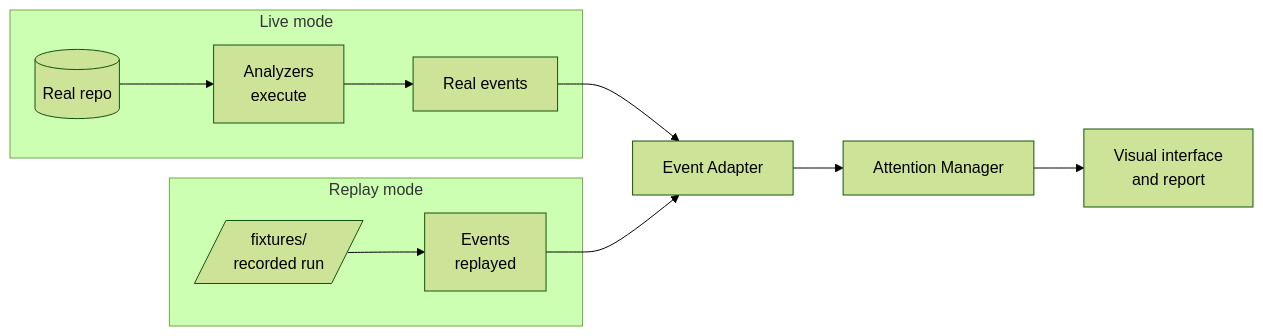
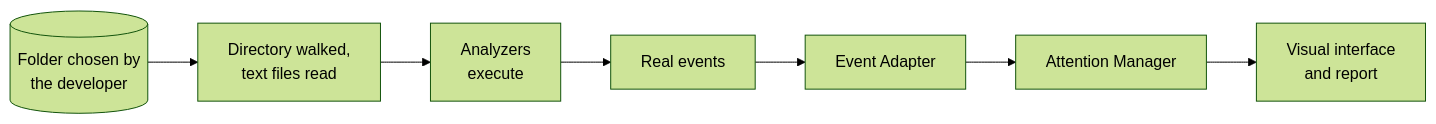
Before and after one commit to TonyINSY6629/Project_for_IBM_Hackathon_Bob_in_Action: the seventh of 9 diagrams in README.md, drawn with Mermaid (forest theme). The commit also changed other lines of this file and 31 other files, not shown here.

````diff
--- a/README.md
+++ b/README.md
@@ -343,15 +324,9 @@
 ```mermaid
 flowchart LR
-    subgraph Live["Live mode"]
-        LREPO[("Real repo")] --> LA["Analyzers<br/>execute"]
-        LA --> LE["Real events"]
-    end
-
-    subgraph Replay["Replay mode"]
-        FF[/"fixtures/<br/>recorded run"/] --> RE["Events<br/>replayed"]
-    end
-
-    LE & RE --> EA["Event Adapter"]
+    PICK[("Folder chosen by<br/>the developer")] --> SCAN["Directory walked,<br/>text files read"]
+    SCAN --> AN["Analyzers<br/>execute"]
+    AN --> EV["Real events"]
+    EV --> EA["Event Adapter"]
     EA --> AM["Attention Manager"]
     AM --> UI["Visual interface<br/>and report"]
 ```
````
